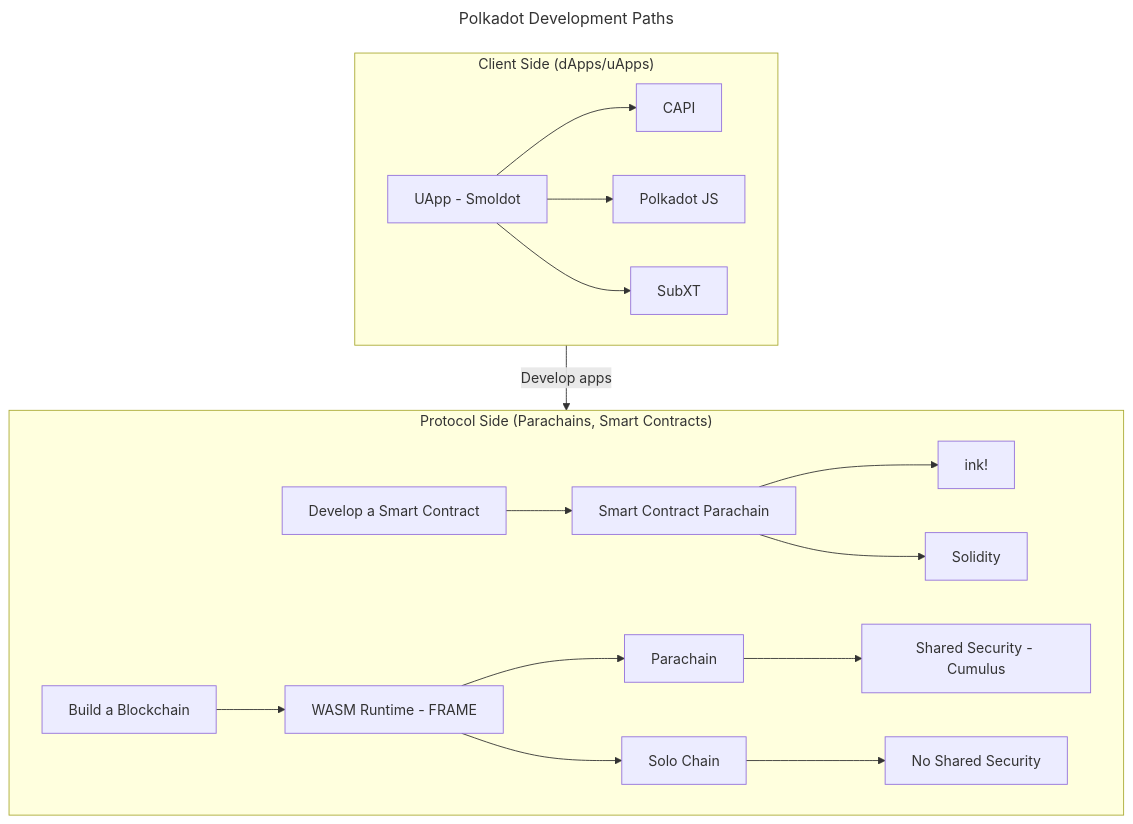
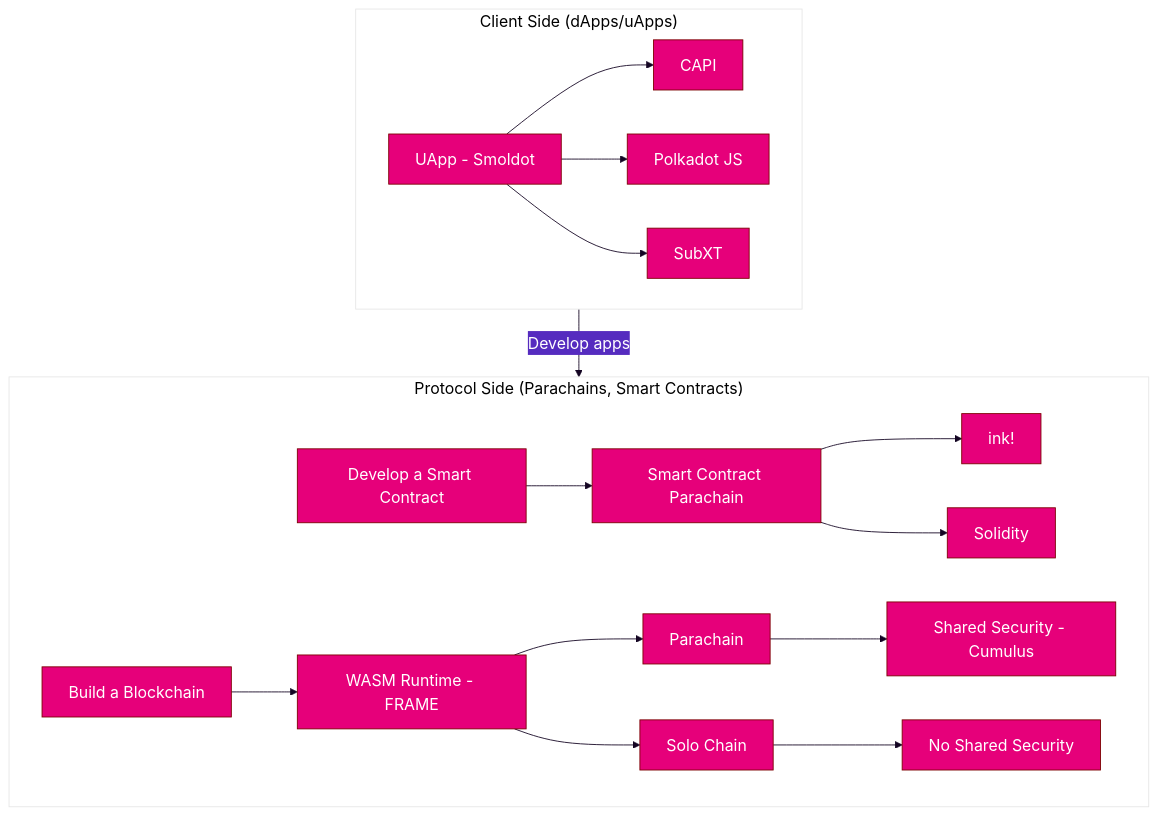
Before and after one commit to w3f/polkadot-wiki: the diagram in docs/build/build-guide.md, drawn with Mermaid.

Commit message:
styled diagram

````diff
--- a/docs/build/build-guide.md
+++ b/docs/build/build-guide.md
@@ -49,25 +49,37 @@
 ```mermaid
----
-title: Polkadot Development Paths
----
+%%{
+  init: {
+    'theme': 'base',
+    'themeVariables': {
+      'fontFamily': 'Unbounded',
+      'primaryColor': '#E6007A',
+      'fontSize': '18px',
+      'primaryTextColor': '#fff',
+      'primaryBorderColor': '#7C0000',
+      'lineColor': '#140523',
+      'secondaryColor': '#552BBF',
+      'tertiaryColor': '#fff'
+    }
+  }
+}%%
 flowchart TB
     subgraph PL ["Protocol Side (Parachains, Smart Contracts)"]
         ST[Build a Blockchain]
         BSC[Develop a Smart Contract] --> SC[Smart Contract Parachain]
         SC --> ink!
         SC --> Solidity
         ST --> R[WASM Runtime - FRAME]
         R -->Parachain["Parachain"]-->SSC["Shared Security - Cumulus"]
         R -->SoloChain[Solo Chain]-->NSS["No Shared Security"]
     end
 
-    CS-->|Develop apps| PL
+    CS-->| Develop apps| PL
 
     subgraph CS ["Client Side (dApps/uApps)"]
         UA[UApp - Smoldot]
         UA --> CAPI
         UA --> PJS[Polkadot JS]
         UA --> SubXT
         SubXT
     end
 ```
````
